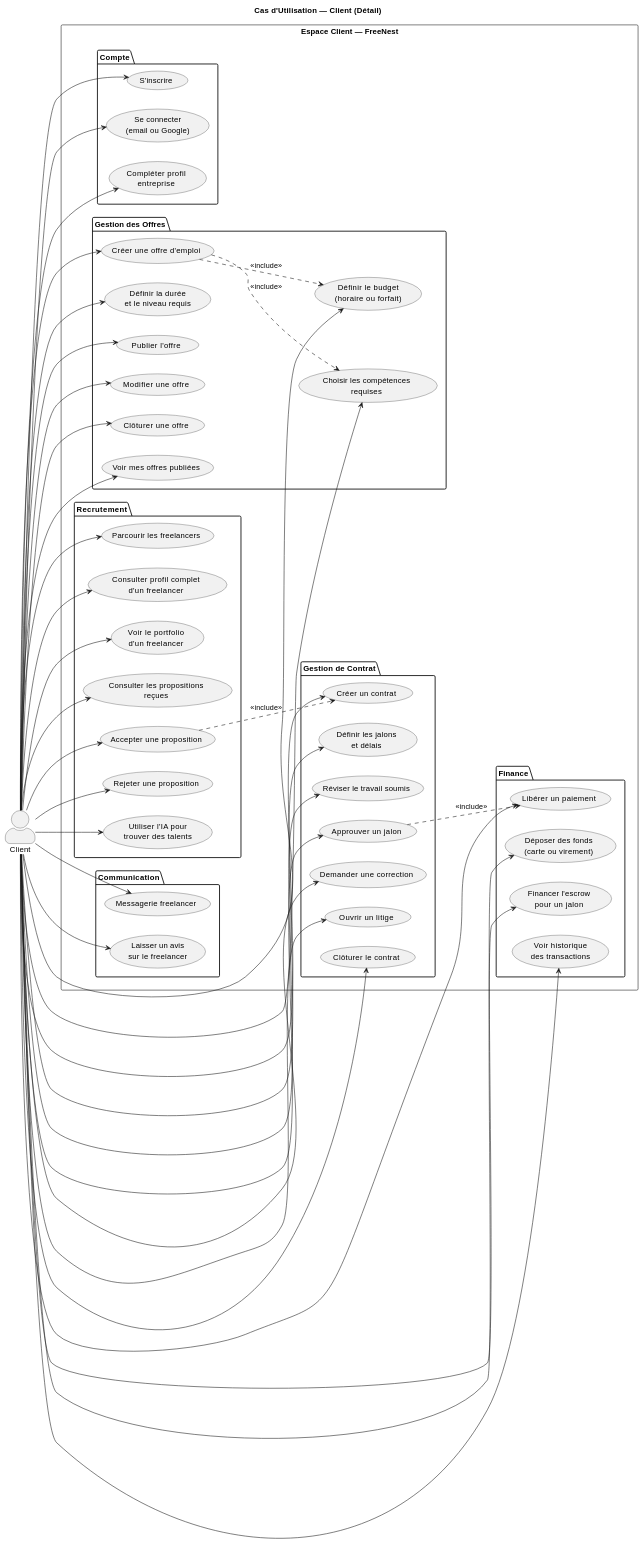
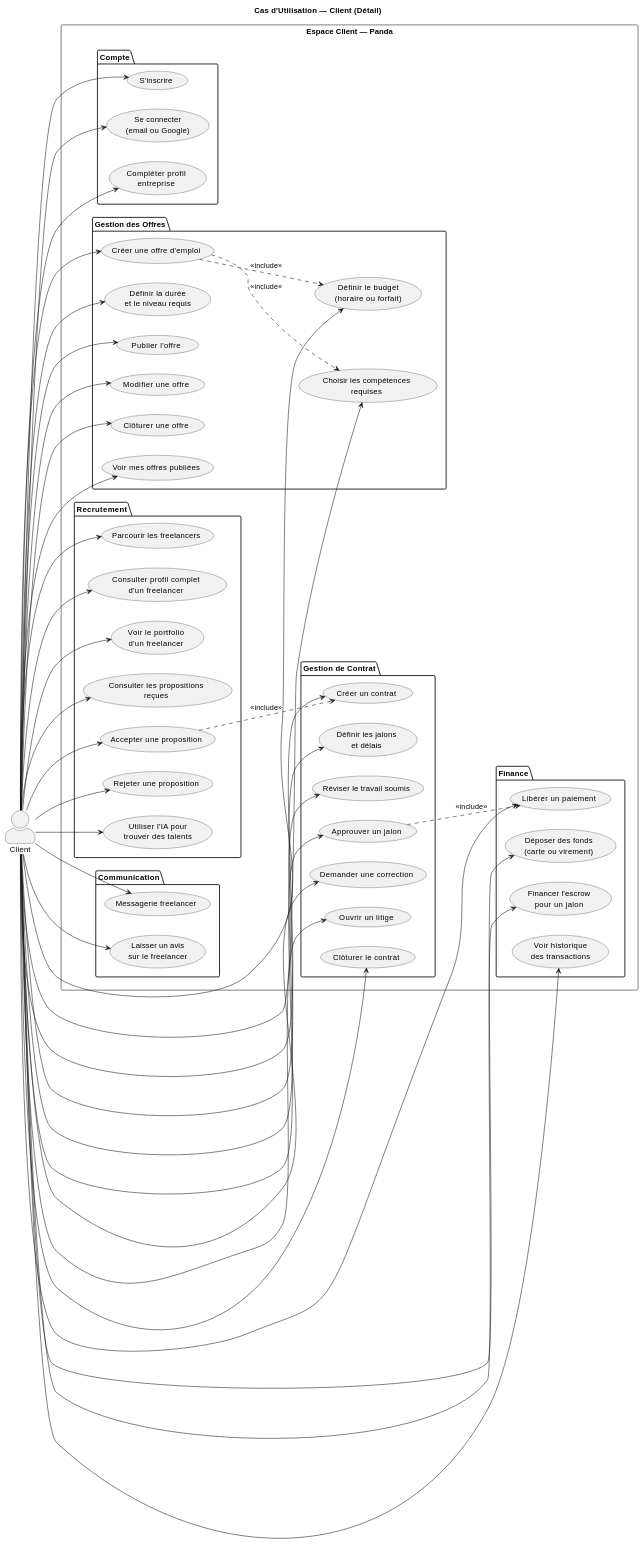
Before and after one commit to fasko666/PFE01: the third of 21 diagrams in documentation/uml_diagrams.md, drawn with PlantUML. The commit also changed other lines of this file and 122 other files, not shown here.

Commit message:
Add UML diagram images, Panda docs, Enterprise page and update backend/frontend

```diff
--- a/documentation/uml_diagrams.md
+++ b/documentation/uml_diagrams.md
@@ -318,7 +318,7 @@
 
 actor "Client" as CL
 
-rectangle "Espace Client — FreeNest" {
+rectangle "Espace Client — Panda" {
 
   package "Compte" {
     usecase "S'inscrire" as REG
```
